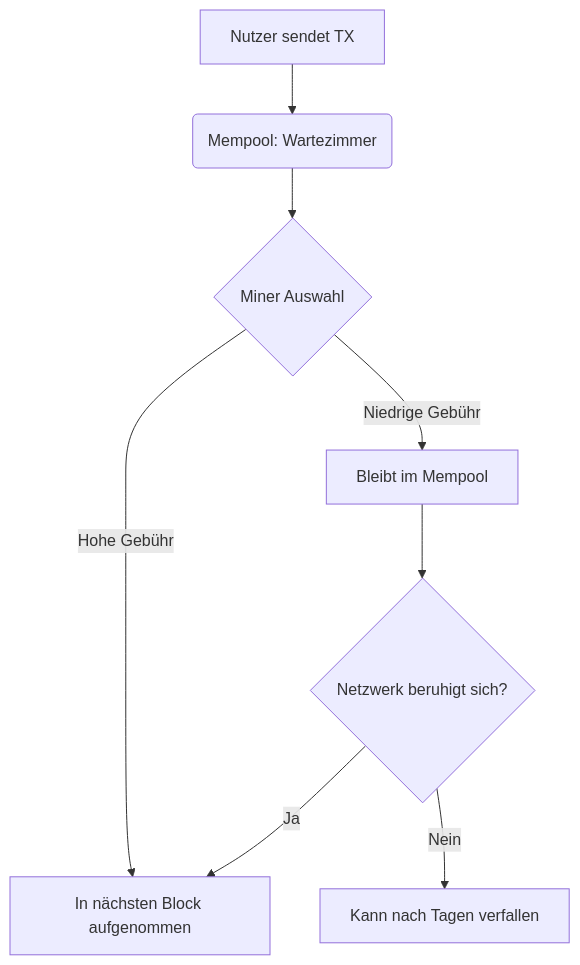
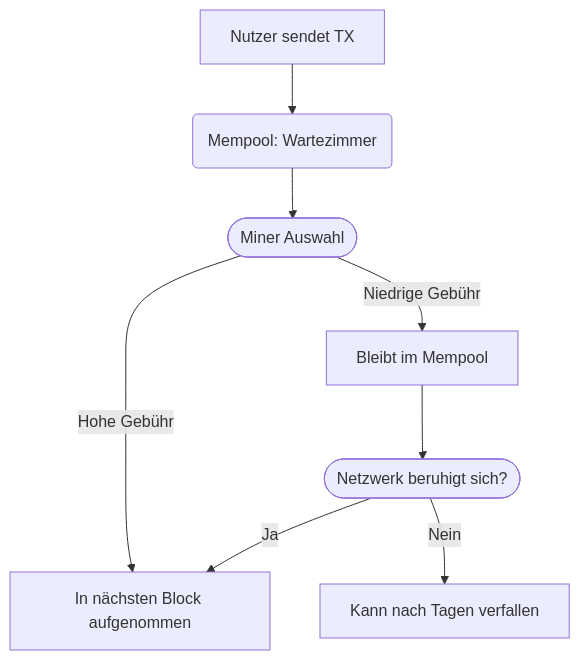
Before and after one commit to annabraun015-stack/krypto-watch: the diagram in src/content/blog/de/bitcoin-transaktionsgebuehren.mdx, drawn with Mermaid. The commit also changed 10 other files, not shown here.

```diff
--- a/src/content/blog/de/bitcoin-transaktionsgebuehren.mdx
+++ b/src/content/blog/de/bitcoin-transaktionsgebuehren.mdx
@@ -62,10 +62,10 @@
 <div class="mermaid">
 graph TD
     A[Nutzer sendet TX] --> B(Mempool: Wartezimmer)
-    B --> C{Miner Auswahl}
+    B --> C([Miner Auswahl])
     C -- Hohe Gebühr --> D[In nächsten Block aufgenommen]
     C -- Niedrige Gebühr --> E[Bleibt im Mempool]
-    E --> F{Netzwerk beruhigt sich?}
+    E --> F([Netzwerk beruhigt sich?])
     F -- Ja --> D
     F -- Nein --> G[Kann nach Tagen verfallen]
 </div>
```
